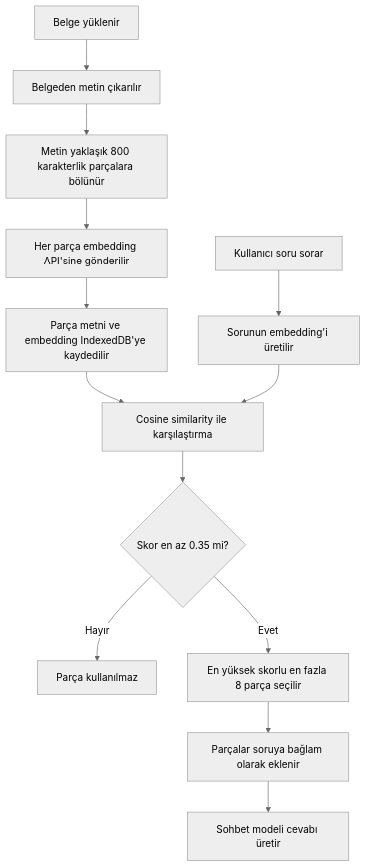
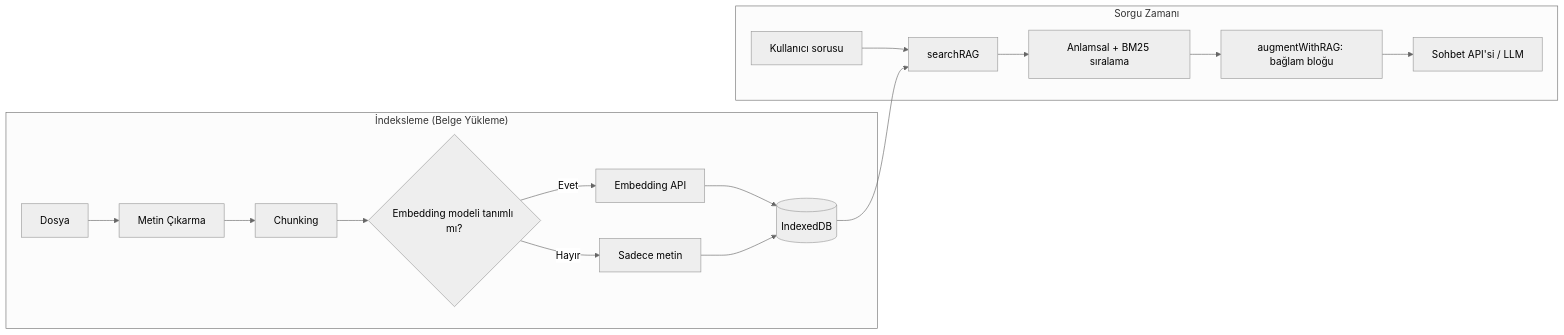
One commit to edalkurek/chat-app changed the first of 2 diagrams in README.md. Above: the diagram before and after it, drawn with Mermaid (neutral theme). The commit also changed other lines of this file, not shown here.

````diff
--- a/README.md
+++ b/README.md
@@ -33,16 +11,19 @@
 ```mermaid
-flowchart TD
-    A[Belge yüklenir] --> B[Belgeden metin çıkarılır]
-    B --> C[Metin yaklaşık 800 karakterlik parçalara bölünür]
-    C --> D[Her parça embedding API'sine gönderilir]
-    D --> E[Parça metni ve embedding IndexedDB'ye kaydedilir]
-
-    Q[Kullanıcı soru sorar] --> R[Sorunun embedding'i üretilir]
-    E --> S[Cosine similarity ile karşılaştırma]
-    R --> S
-    S --> T{Skor en az 0.35 mi?}
-    T -- Hayır --> U[Parça kullanılmaz]
-    T -- Evet --> V[En yüksek skorlu en fazla 8 parça seçilir]
-    V --> W[Parçalar soruya bağlam olarak eklenir]
-    W --> X[Sohbet modeli cevabı üretir]
+flowchart LR
+    subgraph Indexing["İndeksleme (Belge Yükleme)"]
+        A[Dosya] --> B[Metin Çıkarma]
+        B --> C[Chunking]
+        C --> D{Embedding modeli tanımlı mı?}
+        D -- Evet --> E[Embedding API]
+        D -- Hayır --> F[Sadece metin]
+        E --> G[(IndexedDB)]
+        F --> G
+    end
+    subgraph Query["Sorgu Zamanı"]
+        Q[Kullanıcı sorusu] --> R[searchRAG]
+        G --> R
+        R --> S[Anlamsal + BM25 sıralama]
+        S --> T[augmentWithRAG: bağlam bloğu]
+        T --> U[Sohbet API'si / LLM]
+    end
 ```
````
